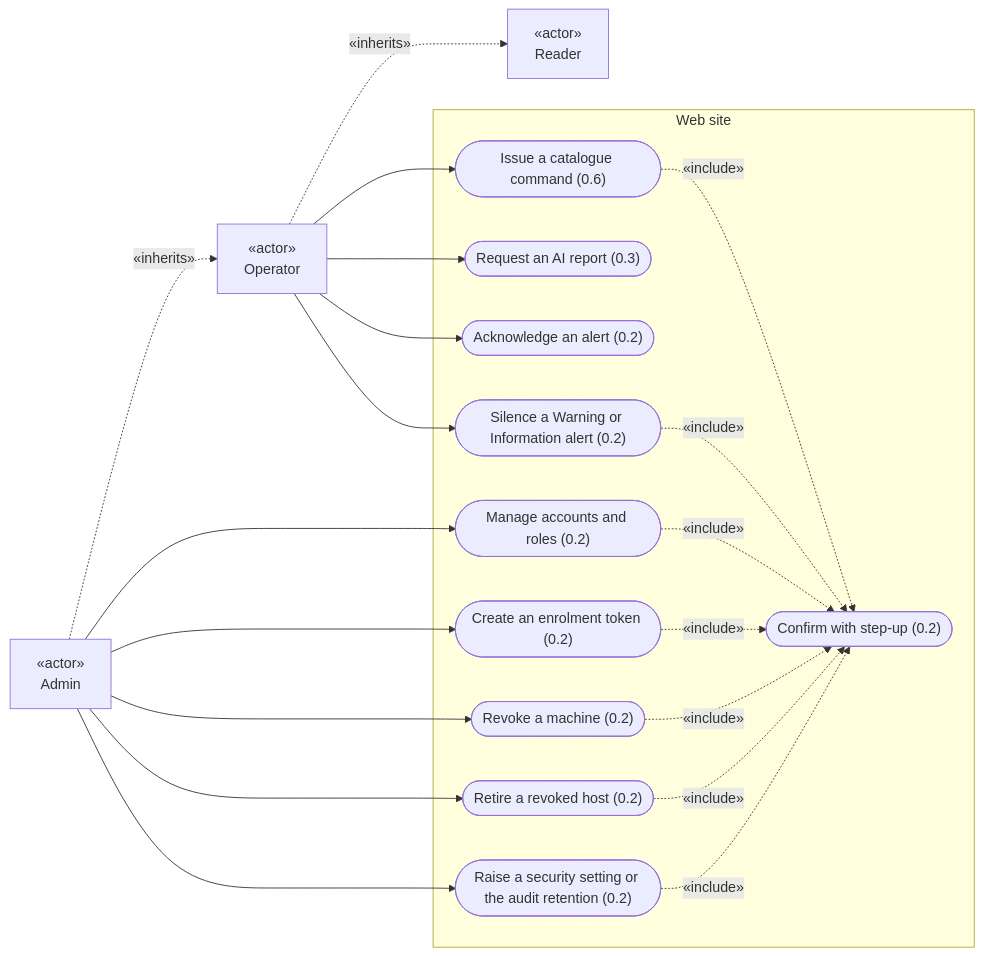
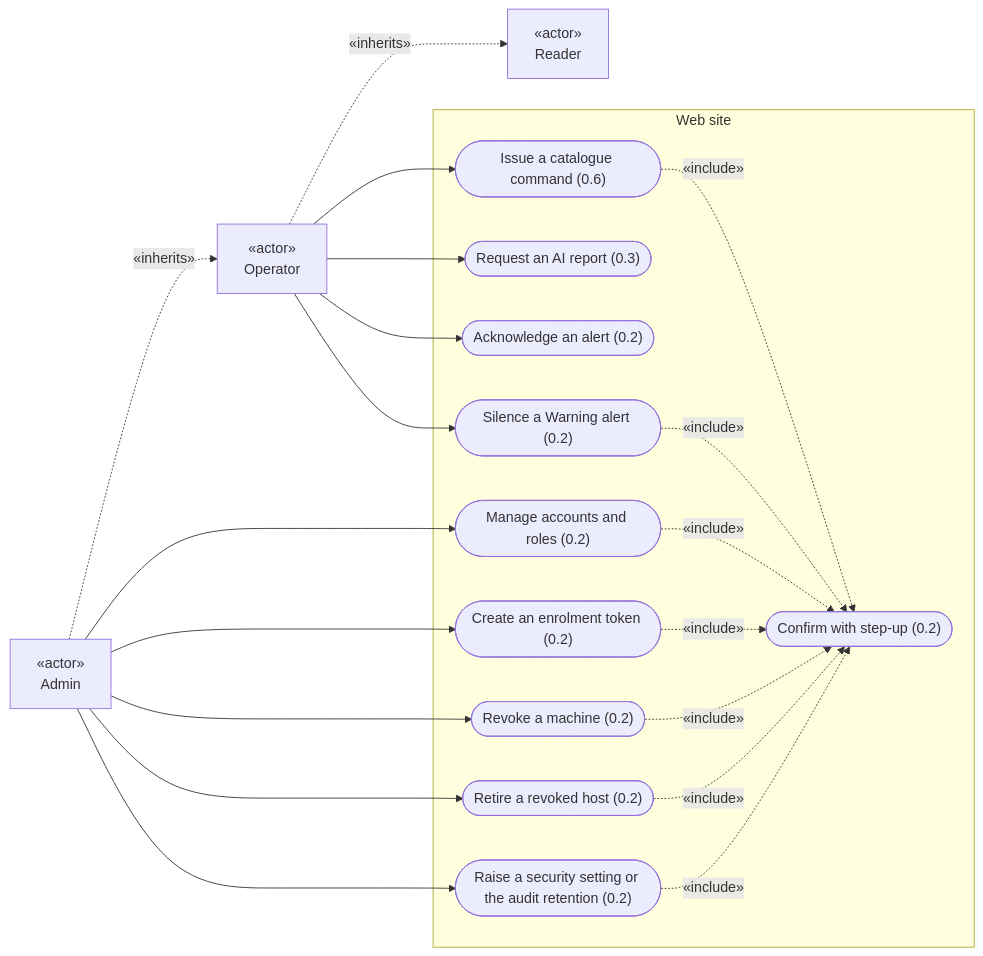
The second of 6 diagrams in doc/analyse/uml/v1/use-cases.md (micdef/Dashboard), drawn with Mermaid before and after one commit. The commit also changed other lines of this file and 12 other files, not shown here.

````diff
--- a/doc/analyse/uml/v1/use-cases.md
+++ b/doc/analyse/uml/v1/use-cases.md
@@ -69,40 +69,40 @@
 ```mermaid
 flowchart LR
     Reader["«actor»<br/>Reader"]
     Operator["«actor»<br/>Operator"]
     Admin["«actor»<br/>Admin"]
 
     Operator -. «inherits» .-> Reader
     Admin -. «inherits» .-> Operator
 
     subgraph Site ["Web site"]
         Command(["Issue a catalogue command (0.6)"])
         RequestReport(["Request an AI report (0.3)"])
         Acknowledge(["Acknowledge an alert (0.2)"])
-        Silence(["Silence a Warning or Information alert (0.2)"])
+        Silence(["Silence a Warning alert (0.2)"])
         Accounts(["Manage accounts and roles (0.2)"])
         Token(["Create an enrolment token (0.2)"])
         Revoke(["Revoke a machine (0.2)"])
         Retire(["Retire a revoked host (0.2)"])
         Settings(["Raise a security setting or the audit retention (0.2)"])
         StepUp(["Confirm with step-up (0.2)"])
     end
 
     Operator --> Command
     Operator --> RequestReport
     Operator --> Acknowledge
     Operator --> Silence
     Admin --> Accounts
     Admin --> Token
     Admin --> Revoke
     Admin --> Retire
     Admin --> Settings
 
     Command -. «include» .-> StepUp
     Silence -. «include» .-> StepUp
     Accounts -. «include» .-> StepUp
     Token -. «include» .-> StepUp
     Revoke -. «include» .-> StepUp
     Retire -. «include» .-> StepUp
     Settings -. «include» .-> StepUp
 ```
````
